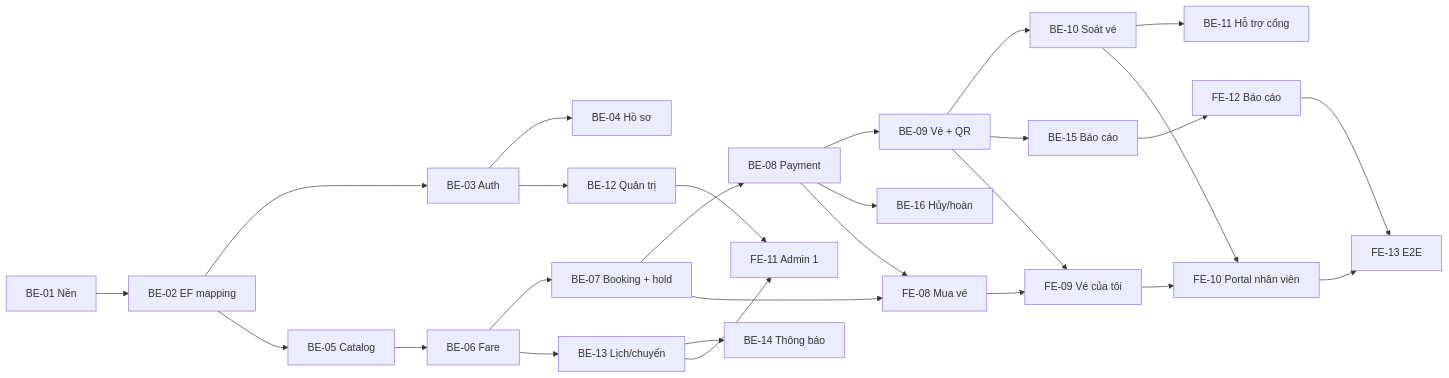
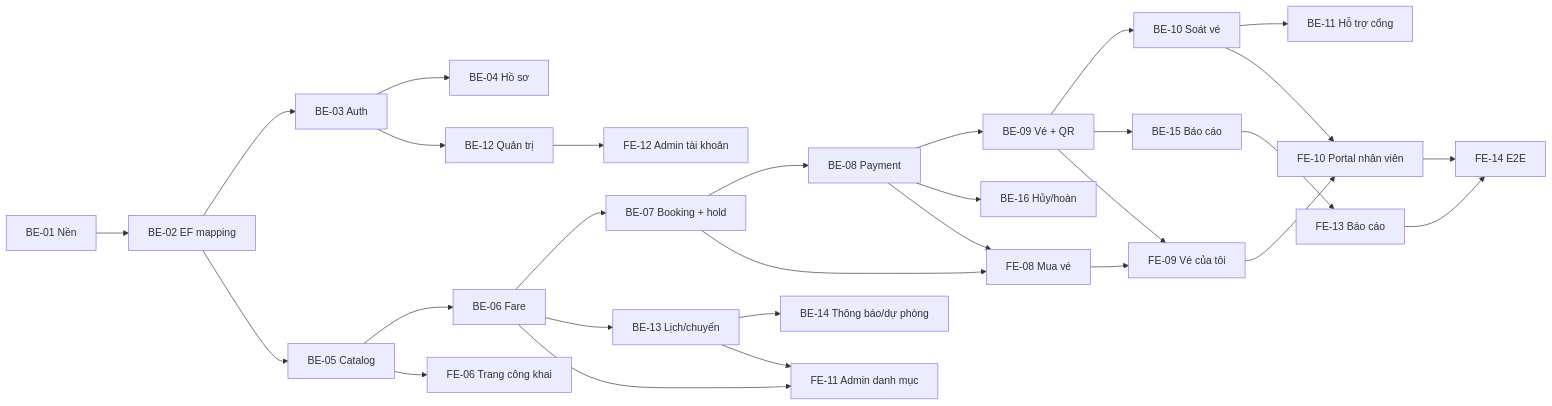
One commit to macdogiahuy/Metro-ticket-management-system changed the diagram in docs/planning/TASK-ASSIGNMENT.md. Above: the diagram before and after it, drawn with Mermaid. The commit also changed other lines of this file, not shown here.

````diff
--- a/docs/planning/TASK-ASSIGNMENT.md
+++ b/docs/planning/TASK-ASSIGNMENT.md
@@ -211,29 +240,31 @@
 ```mermaid
 flowchart LR
     A[BE-01 Nền] --> B[BE-02 EF mapping]
     B --> C[BE-03 Auth]
     C --> D[BE-04 Hồ sơ]
     B --> E[BE-05 Catalog]
     E --> F[BE-06 Fare]
     F --> G[BE-07 Booking + hold]
     G --> H[BE-08 Payment]
     H --> I[BE-09 Vé + QR]
     I --> J[BE-10 Soát vé]
     J --> K[BE-11 Hỗ trợ cổng]
     F --> L[BE-13 Lịch/chuyến]
-    L --> M[BE-14 Thông báo]
+    L --> M[BE-14 Thông báo/dự phòng]
     I --> N[BE-15 Báo cáo]
     H --> O[BE-16 Hủy/hoàn]
     C --> P[BE-12 Quản trị]
-    P --> Q[FE-11 Admin 1]
-    L --> Q
-    N --> R[FE-12 Báo cáo]
-    G --> S[FE-08 Mua vé]
-    H --> S
-    I --> T[FE-09 Vé của tôi]
-    J --> U[FE-10 Portal nhân viên]
-    S --> T
+    P --> Q[FE-12 Admin tài khoản]
+    E --> R[FE-06 Trang công khai]
+    F --> S[FE-11 Admin danh mục]
+    L --> S
+    G --> T[FE-08 Mua vé]
+    H --> T
+    I --> U[FE-09 Vé của tôi]
+    J --> V[FE-10 Portal nhân viên]
     T --> U
-    U --> V[FE-13 E2E]
-    R --> V
+    U --> V
+    N --> W[FE-13 Báo cáo]
+    V --> X[FE-14 E2E]
+    W --> X
 ```
````
